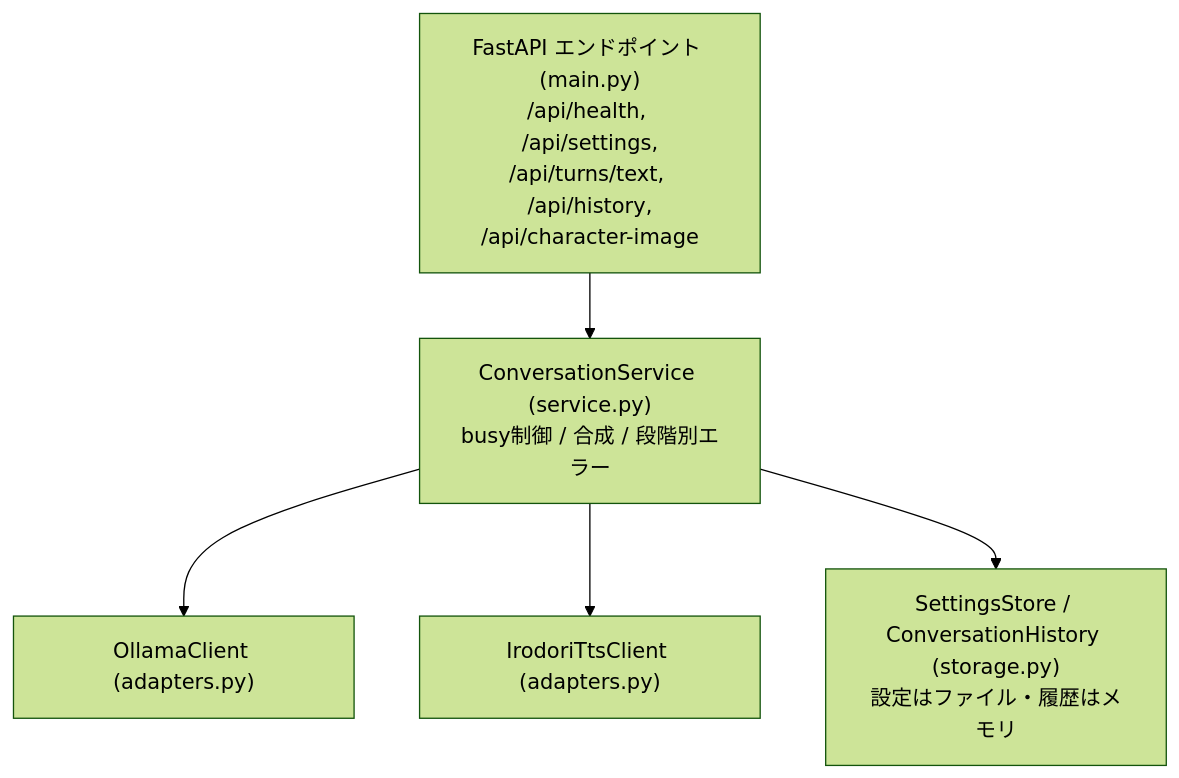
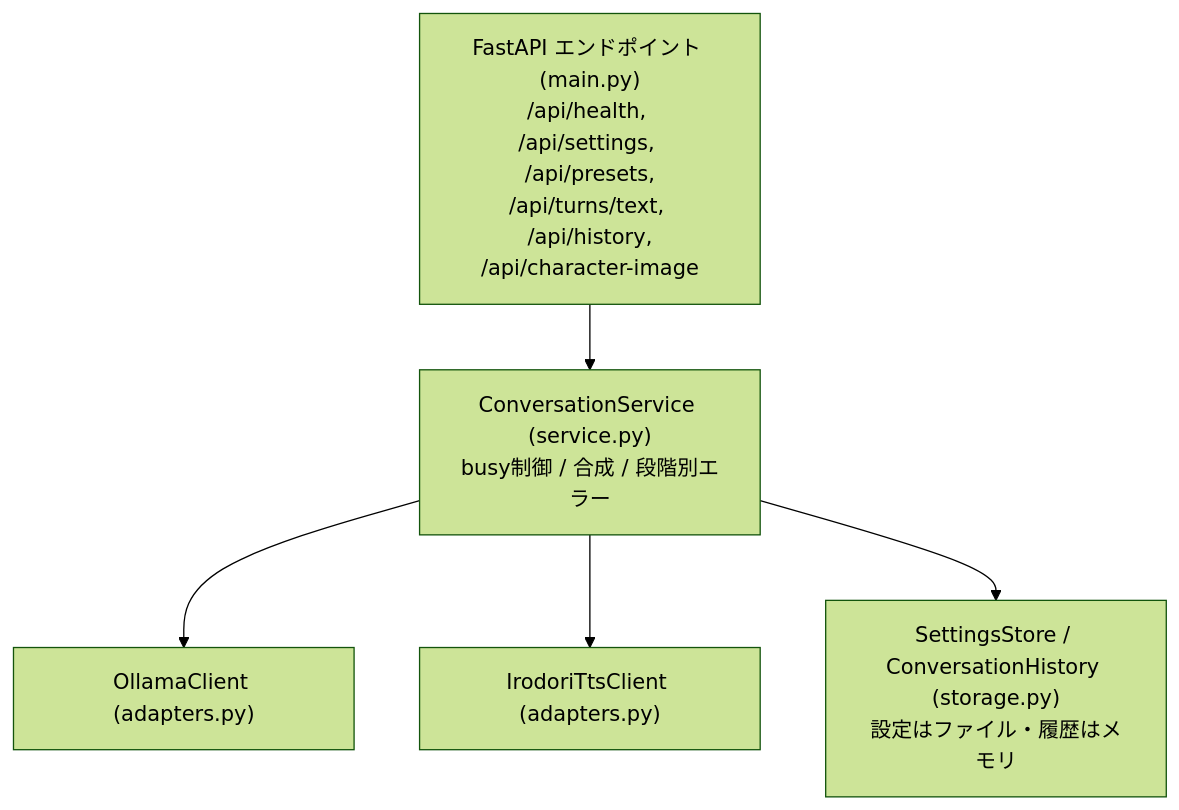
One commit to GentaAmeku/gemma4-irodori-voice-chat changed the fourth of 5 diagrams in docs/architecture.md. Above: the diagram before and after it, drawn with Mermaid (forest theme). The commit also changed other lines of this file and 18 other files, not shown here.

````diff
--- a/docs/architecture.md
+++ b/docs/architecture.md
@@ -152,13 +152,13 @@
 ```mermaid
 flowchart TB
-    ep["FastAPI エンドポイント (main.py)<br/>/api/health, /api/settings,<br/>/api/turns/text, /api/history,<br/>/api/character-image"]
+    ep["FastAPI エンドポイント (main.py)<br/>/api/health, /api/settings, /api/presets,<br/>/api/turns/text, /api/history,<br/>/api/character-image"]
     svc["ConversationService (service.py)<br/>busy制御 / 合成 / 段階別エラー"]
     oa["OllamaClient (adapters.py)"]
     ta["IrodoriTtsClient (adapters.py)"]
     st["SettingsStore / ConversationHistory (storage.py)<br/>設定はファイル・履歴はメモリ"]
 
     ep --> svc
     svc --> oa
     svc --> ta
     svc --> st
 ```
````
